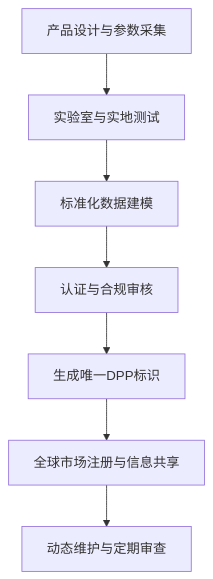
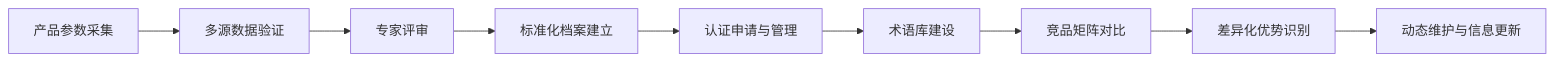
Before and after one commit to Miles2048/research-agent: the fourth of 4 diagrams in results_perplexity/topic_1_产品国际化护照构建/report_topic_1_perplexity.md, drawn with Mermaid. The commit also changed other lines of this file and 22 other files, not shown here.

````diff
--- a/results_perplexity/topic_1_产品国际化护照构建/report_topic_1_perplexity.md
+++ b/results_perplexity/topic_1_产品国际化护照构建/report_topic_1_perplexity.md
@@ -239,9 +278,11 @@
 ```mermaid
-flowchart TD
-    A[产品设计与参数采集] --> B[实验室与实地测试]
-    B --> C[标准化数据建模]
-    C --> D[认证与合规审核]
-    D --> E[生成唯一DPP标识]
-    E --> F[全球市场注册与信息共享]
-    F --> G[动态维护与定期审查]
+flowchart LR
+    A[产品参数采集] --> B[多源数据验证]
+    B --> C[专家评审]
+    C --> D[标准化档案建立]
+    D --> E[认证申请与管理]
+    E --> F[术语库建设]
+    F --> G[竞品矩阵对比]
+    G --> H[差异化优势识别]
+    H --> I[动态维护与信息更新]
 ```
````
